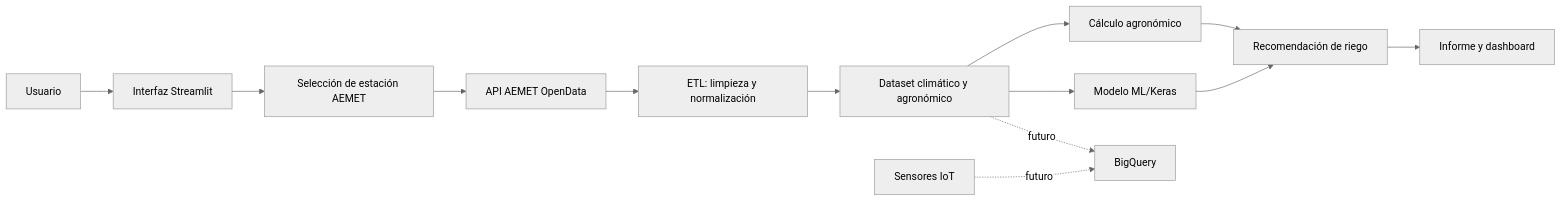
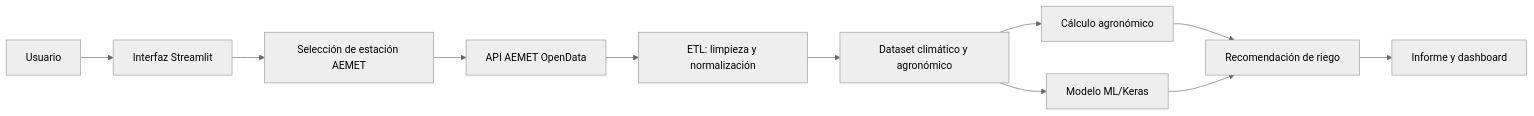
One commit to romanmaeztu/PI-Agricultura-de-Precisi-n changed the diagram in docs/memoria_proyecto_intermodular.md. Above: the diagram before and after it, drawn with Mermaid (neutral theme). The commit also changed other lines of this file and 14 other files, not shown here.

````diff
--- a/docs/memoria_proyecto_intermodular.md
+++ b/docs/memoria_proyecto_intermodular.md
@@ -255,15 +243,13 @@
 ```mermaid
 flowchart LR
     A["Usuario"] --> B["Interfaz Streamlit"]
     B --> C["Selección de estación AEMET"]
     C --> D["API AEMET OpenData"]
     D --> E["ETL: limpieza y normalización"]
     E --> F["Dataset climático y agronómico"]
     F --> G["Cálculo agronómico"]
     F --> H["Modelo ML/Keras"]
     G --> I["Recomendación de riego"]
     H --> I
     I --> J["Informe y dashboard"]
-    F -. futuro .-> K["BigQuery"]
-    L["Sensores IoT"] -. futuro .-> K
 ```
````
